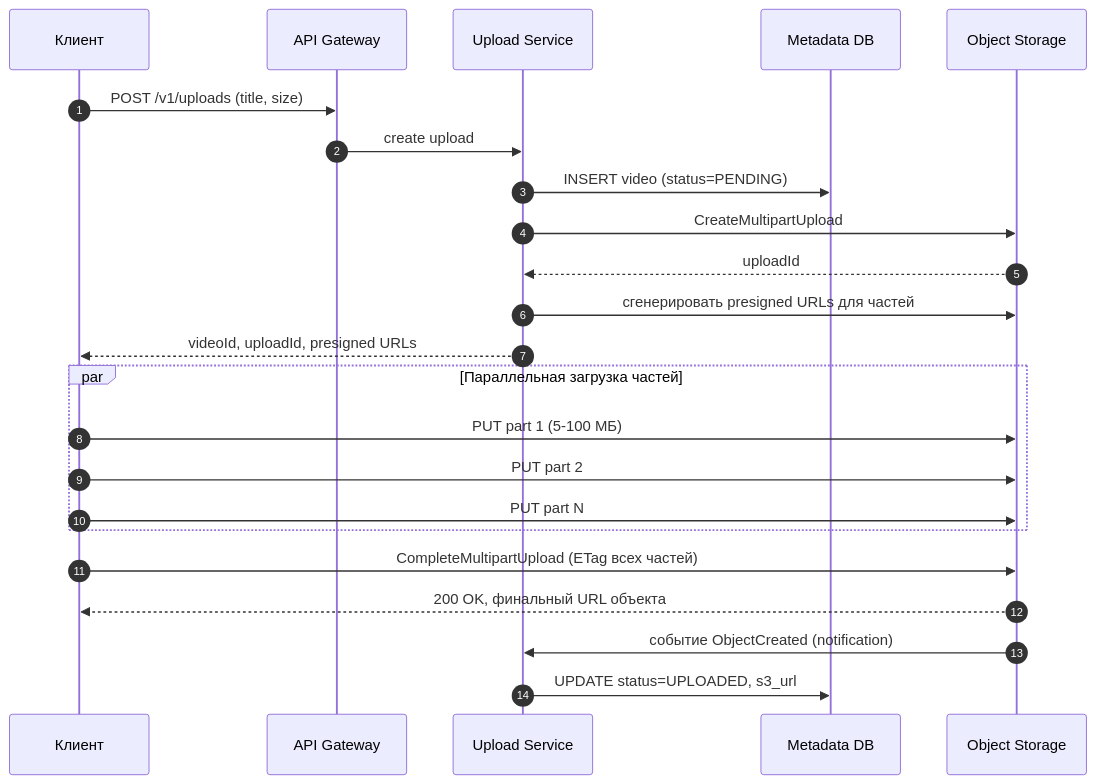
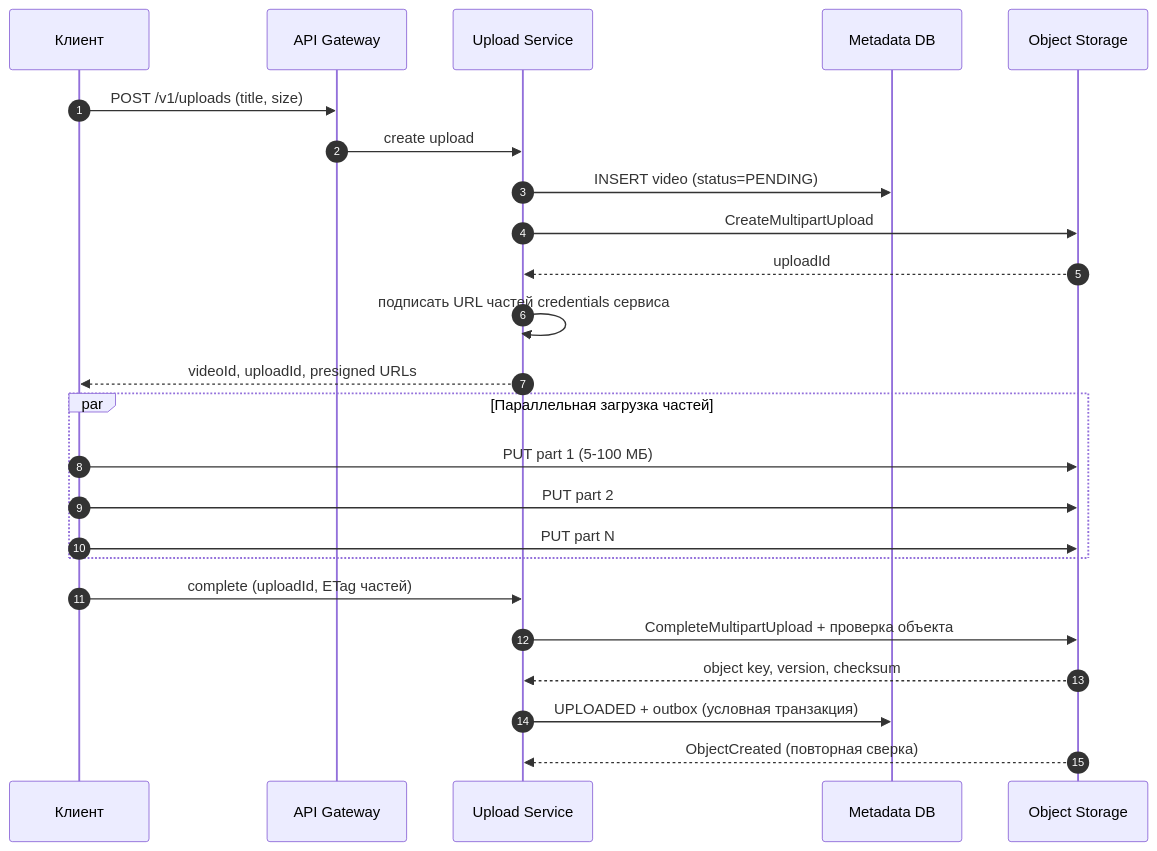
The second of 7 diagrams in 02-case-studies/video-streaming.md (AlohaJava/system-design-interview-chamkin), drawn with Mermaid before and after one commit. The commit also changed other lines of this file and 49 other files, not shown here.

````diff
--- a/02-case-studies/video-streaming.md
+++ b/02-case-studies/video-streaming.md
@@ -197,26 +179,27 @@
 ```mermaid
 sequenceDiagram
     autonumber
     participant C as Клиент
     participant G as API Gateway
     participant U as Upload Service
     participant D as Metadata DB
     participant S as Object Storage
 
     C->>G: POST /v1/uploads (title, size)
     G->>U: create upload
     U->>D: INSERT video (status=PENDING)
     U->>S: CreateMultipartUpload
     S-->>U: uploadId
-    U->>S: сгенерировать presigned URLs для частей
+    U->>U: подписать URL частей credentials сервиса
     U-->>C: videoId, uploadId, presigned URLs
     par Параллельная загрузка частей
         C->>S: PUT part 1 (5-100 МБ)
         C->>S: PUT part 2
         C->>S: PUT part N
     end
-    C->>S: CompleteMultipartUpload (ETag всех частей)
-    S-->>C: 200 OK, финальный URL объекта
-    S->>U: событие ObjectCreated (notification)
-    U->>D: UPDATE status=UPLOADED, s3_url
+    C->>U: complete (uploadId, ETag частей)
+    U->>S: CompleteMultipartUpload + проверка объекта
+    S-->>U: object key, version, checksum
+    U->>D: UPLOADED + outbox (условная транзакция)
+    S-->>U: ObjectCreated (повторная сверка)
 ```
````
